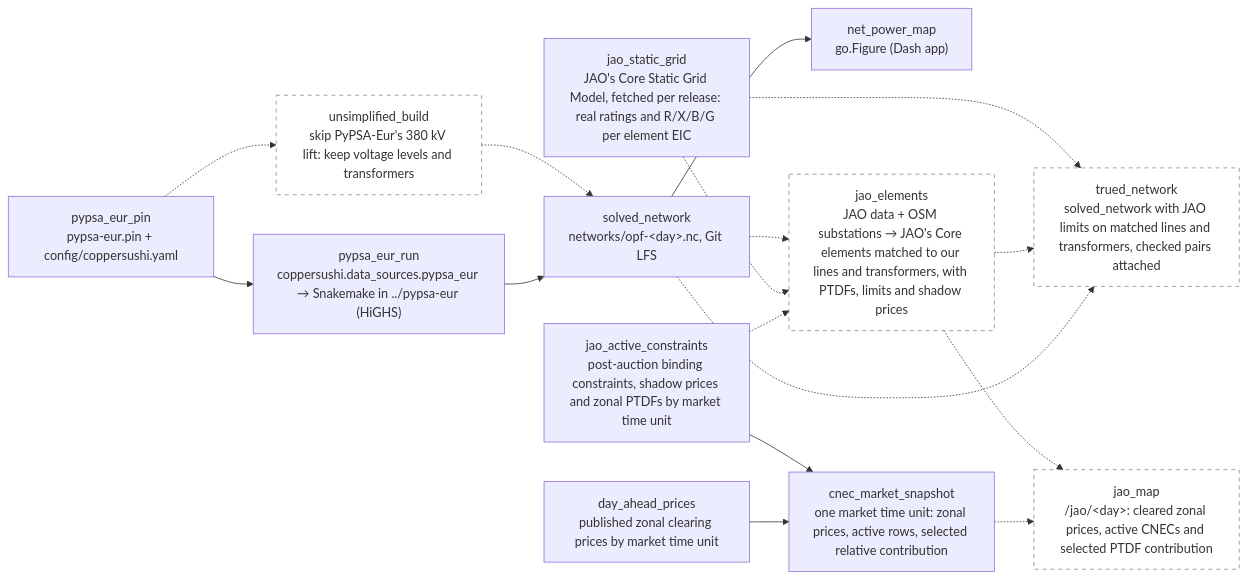
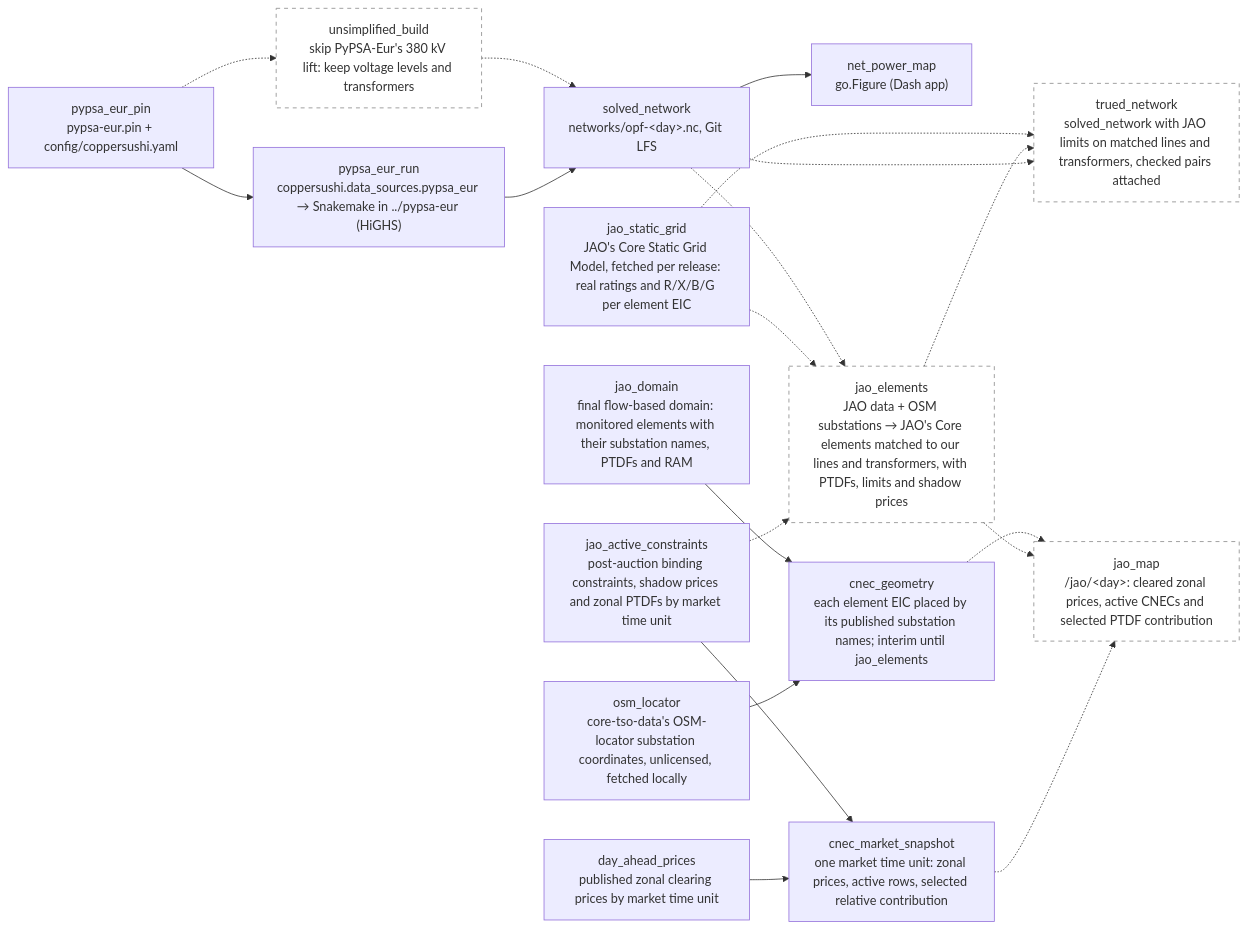
One commit to zoltanmaric/coppersushi changed the diagram in wiki/sushi-2.md. Above: the diagram before and after it, drawn with Mermaid. The commit also changed 13 other files, not shown here.

First line of the commit message:
Place JAO's elements on OSM-locator substations (#81)

````diff
--- a/wiki/sushi-2.md
+++ b/wiki/sushi-2.md
@@ -16,36 +16,42 @@
 ```mermaid
 flowchart LR
     classDef planned stroke-dasharray: 5 5,stroke:#888,fill:none
 
     net_power_map["net_power_map<br/>go.Figure (Dash app)"]
 
     pypsa_eur_pin["pypsa_eur_pin<br/>pypsa-eur.pin + config/coppersushi.yaml"]
     pypsa_eur_run["pypsa_eur_run<br/>coppersushi.data_sources.pypsa_eur → Snakemake in ../pypsa-eur (HiGHS)"]
     solved_network["solved_network<br/>networks/opf-&lt;day&gt;.nc, Git LFS"]
     jao_active_constraints["jao_active_constraints<br/>post-auction binding constraints, shadow prices and zonal PTDFs by market time unit"]
 
     jao_static_grid["jao_static_grid<br/>JAO's Core Static Grid Model, fetched per release: real ratings and R/X/B/G per element EIC"]
 
     unsimplified["unsimplified_build<br/>skip PyPSA-Eur's 380 kV lift: keep voltage levels and transformers"]:::planned
     jao_elements["jao_elements<br/>JAO data + OSM substations → JAO's Core elements matched to our lines and transformers, with PTDFs, limits and shadow prices"]:::planned
+    jao_domain["jao_domain<br/>final flow-based domain: monitored elements with their substation names, PTDFs and RAM"]
+    osm_locator["osm_locator<br/>core-tso-data's OSM-locator substation coordinates, unlicensed, fetched locally"]
+    cnec_geometry["cnec_geometry<br/>each element EIC placed by its published substation names; interim until jao_elements"]
     day_ahead_prices["day_ahead_prices<br/>published zonal clearing prices by market time unit"]
     cnec_market_snapshot["cnec_market_snapshot<br/>one market time unit: zonal prices, active rows, selected relative contribution"]
     jao_map["jao_map<br/>/jao/&lt;day&gt;: cleared zonal prices, active CNECs and selected PTDF contribution"]:::planned
     trued_network["trued_network<br/>solved_network with JAO limits on matched lines and transformers, checked pairs attached"]:::planned
 
     pypsa_eur_pin --> pypsa_eur_run
     pypsa_eur_pin -.-> unsimplified
     unsimplified -.-> solved_network
     pypsa_eur_run --> solved_network
     solved_network --> net_power_map
     solved_network -.-> jao_elements
     jao_static_grid -.-> jao_elements
     jao_static_grid -.-> trued_network
     jao_active_constraints -.-> jao_elements
     jao_active_constraints --> cnec_market_snapshot
     day_ahead_prices --> cnec_market_snapshot
+    jao_domain --> cnec_geometry
+    osm_locator --> cnec_geometry
+    cnec_geometry -.-> jao_map
     jao_elements -.-> jao_map
     cnec_market_snapshot -.-> jao_map
     jao_elements -.-> trued_network
     solved_network -.-> trued_network
 ```
````
